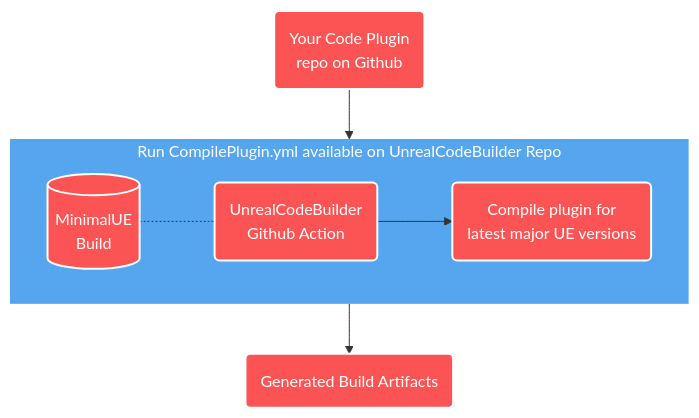
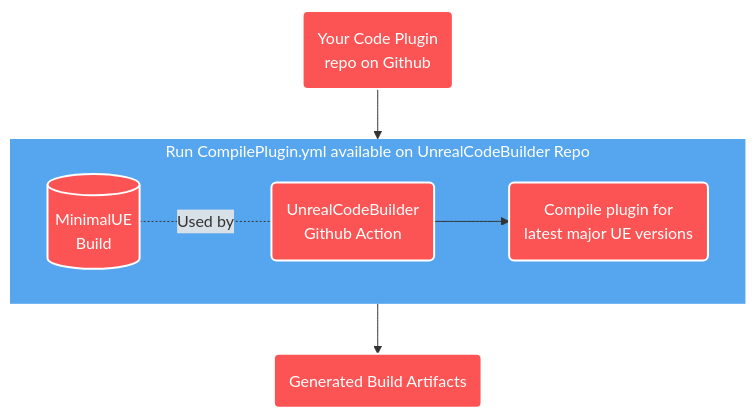
Before and after one commit to Guganana/UnrealPluginCIWithGithubActions: the diagram in README.md, drawn with Mermaid. The commit also changed other lines of this file, not shown here.

````diff
--- a/README.md
+++ b/README.md
@@ -18,24 +16,24 @@
 ```mermaid
 %%{init: {'theme': 'base', 'themeVariables': { 'fontSize': '14px', 'fontFamily': '"Segoe UI","Noto Sans"'}}}%%
 graph TB
 A(Your Code Plugin<br>repo on Github)
 E(Generated Build Artifacts)
 
 subgraph one["Run CompilePlugin.yml available on UnrealCodeBuilder Repo"]
     direction LR
     C[(MinimalUE<br>Build)]
     D(UnrealCodeBuilder<br>Github Action)
     Compile(Compile plugin for<br>latest major UE versions)
-    C -.- D
+    C -. Used by .- D
     D --> Compile
 end
 
 A --> one
 one --> E
 
 style one fill:#55A6ee, stroke:transparent,color:#fff;
 classDef customStyle fill:#fc5454, stroke:#fff, stroke-width:2px,color:white;
 class A,C,D,E,Compile customStyle;
 
 %%style A fill:transparent,stroke:#000,stroke-width:2px,margin:10px
 ```
````
